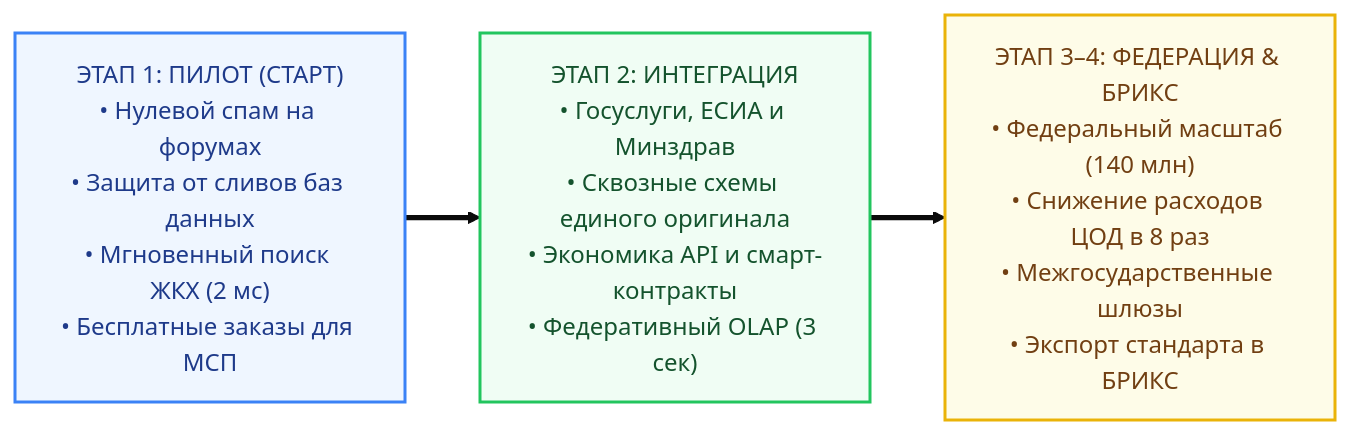
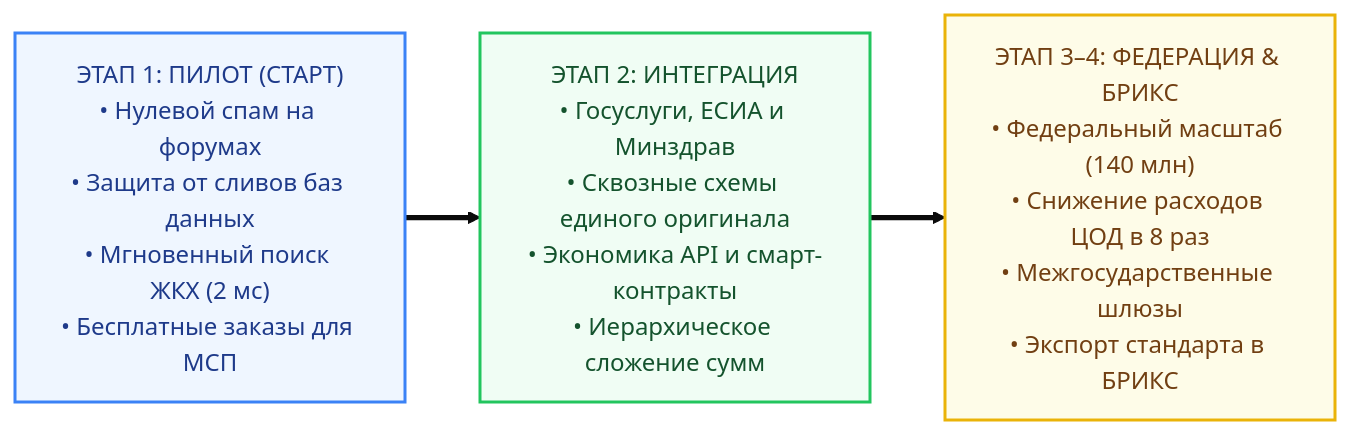
Before and after one commit to Data-Independence-Network/presentations: the fourth of 7 diagrams in overall_presentations/02_stakeholders_benefits_presentation/docs/turbase_stakeholders_value_matrix.md, drawn with Mermaid (base theme). The commit also changed other lines of this file and 16 other files, not shown here.

````diff
--- a/overall_presentations/02_stakeholders_benefits_presentation/docs/turbase_stakeholders_value_matrix.md
+++ b/overall_presentations/02_stakeholders_benefits_presentation/docs/turbase_stakeholders_value_matrix.md
@@ -304,12 +304,12 @@
 ```mermaid
 graph LR
     classDef p1 fill:#eff6ff,stroke:#3b82f6,stroke-width:2px,color:#1e3a8a;
     classDef p2 fill:#f0fdf4,stroke:#22c55e,stroke-width:2px,color:#14532d;
     classDef p3 fill:#fefce8,stroke:#eab308,stroke-width:2px,color:#713f12;
 
     P1["ЭТАП 1: ПИЛОТ (СТАРТ)<br/>• Нулевой спам на форумах<br/>• Защита от сливов баз данных<br/>• Мгновенный поиск ЖКХ (2 мс)<br/>• Бесплатные заказы для МСП"]:::p1
-    P2["ЭТАП 2: ИНТЕГРАЦИЯ<br/>• Госуслуги, ЕСИА и Минздрав<br/>• Сквозные схемы единого оригинала<br/>• Экономика API и смарт-контракты<br/>• Федеративный OLAP (3 сек)"]:::p2
+    P2["ЭТАП 2: ИНТЕГРАЦИЯ<br/>• Госуслуги, ЕСИА и Минздрав<br/>• Сквозные схемы единого оригинала<br/>• Экономика API и смарт-контракты<br/>• Иерархическое сложение сумм"]:::p2
     P3["ЭТАП 3–4: ФЕДЕРАЦИЯ & БРИКС<br/>• Федеральный масштаб (140 млн)<br/>• Снижение расходов ЦОД в 8 раз<br/>• Межгосударственные шлюзы<br/>• Экспорт стандарта в БРИКС"]:::p3
 
     P1 ==> P2 ==> P3
 ```
````
